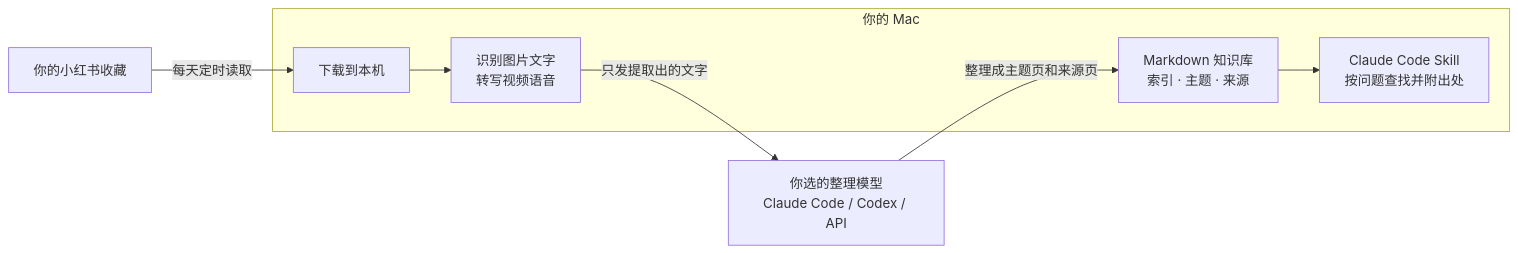
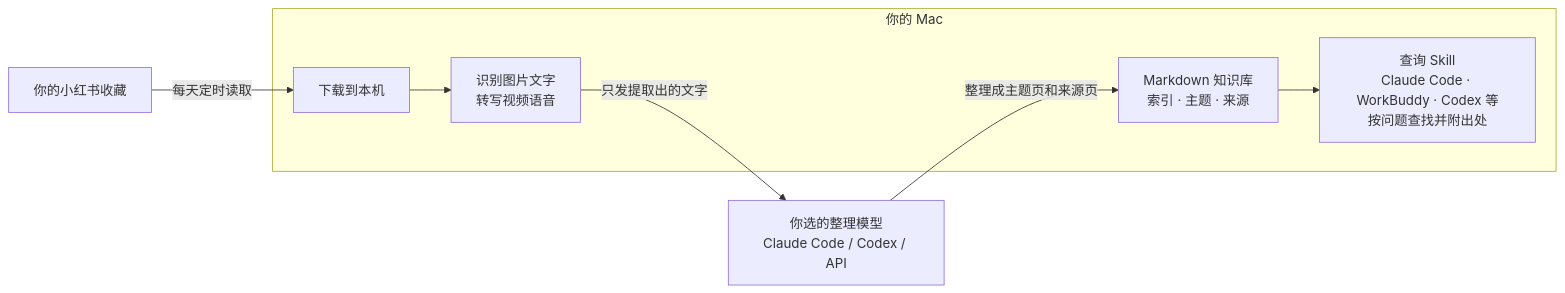
The diagram in README.md (tyr1105/xhs-wiki), drawn with Mermaid before and after one commit. The commit also changed other lines of this file and 17 other files, not shown here.

First line of the commit message:
查询 Skill 可装进 WorkBuddy、Codex 等多个 AI 工具（v0.3.0）

````diff
--- a/README.md
+++ b/README.md
@@ -157,10 +157,10 @@
 ```mermaid
 flowchart LR
   subgraph MAC["你的 Mac"]
     B["下载到本机"] --> C["识别图片文字<br/>转写视频语音"]
-    E["Markdown 知识库<br/>索引 · 主题 · 来源"] --> F["Claude Code Skill<br/>按问题查找并附出处"]
+    E["Markdown 知识库<br/>索引 · 主题 · 来源"] --> F["查询 Skill<br/>Claude Code · WorkBuddy · Codex 等<br/>按问题查找并附出处"]
   end
   A["你的小红书收藏"] -->|每天定时读取| B
   C -->|只发提取出的文字| M["你选的整理模型<br/>Claude Code / Codex / API"]
   M -->|整理成主题页和来源页| E
 ```
````
